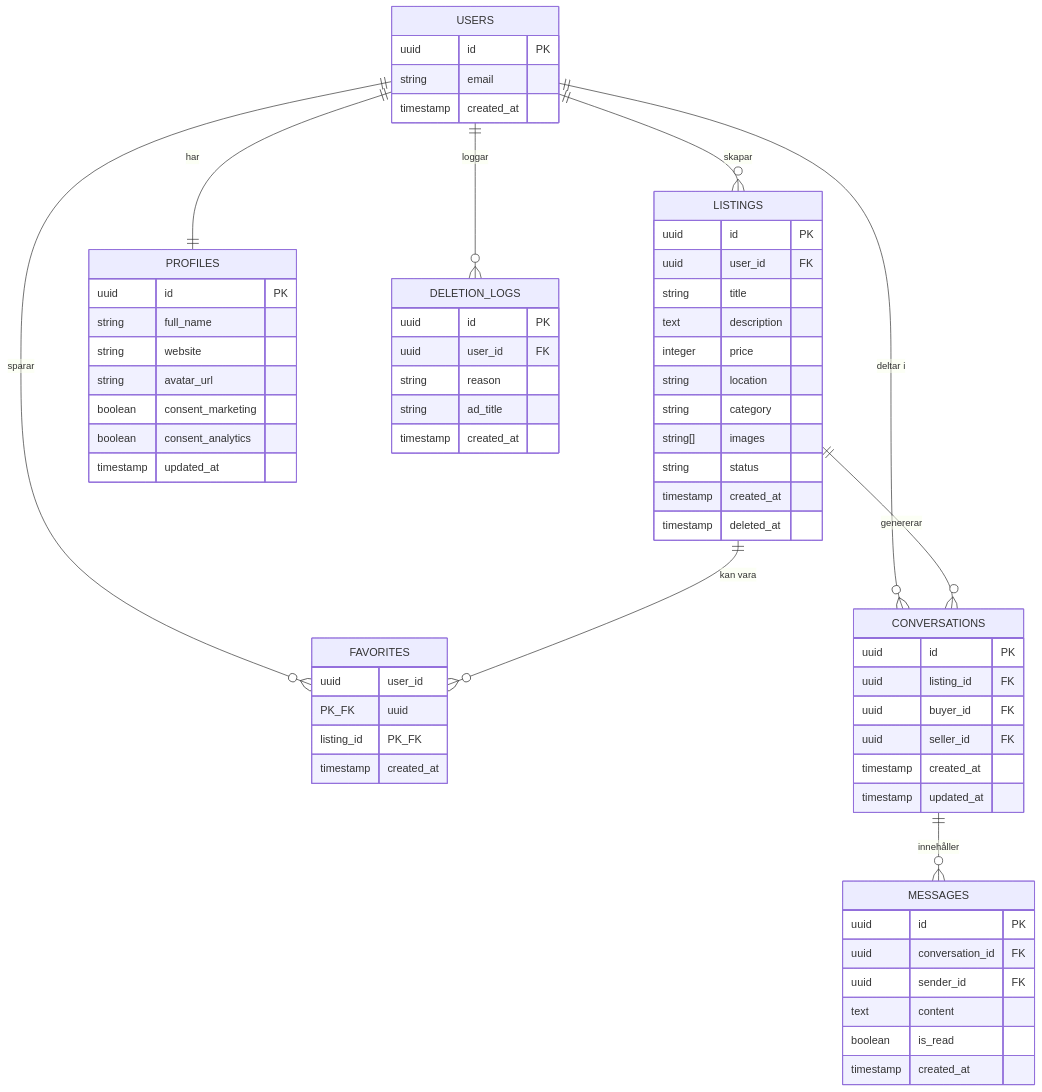
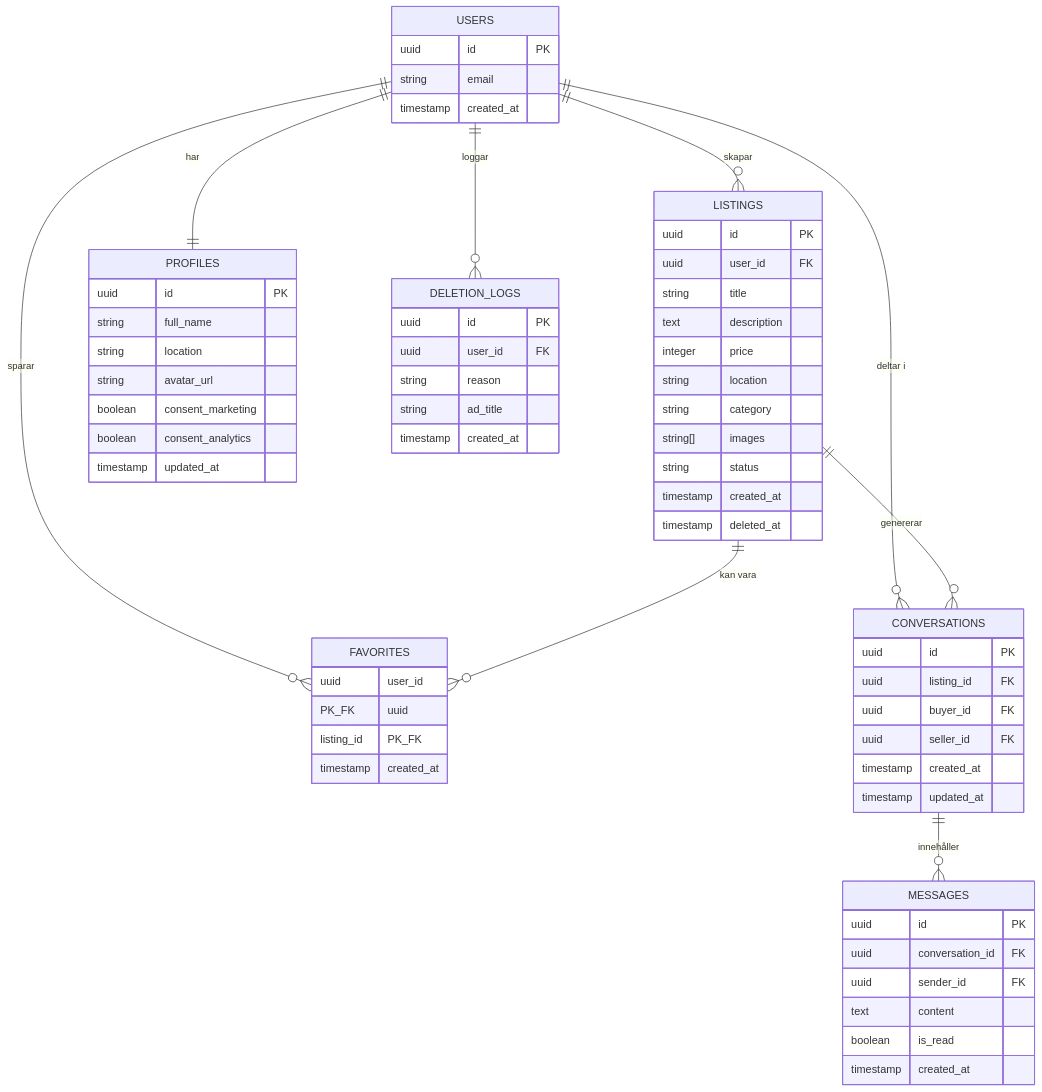
Before and after one commit to Sokhar-admin2025/kollahar: the third of 4 diagrams in docs/01-SYSTEM_ARCHITECT.md, drawn with Mermaid. The commit also changed 18 other files, not shown here.

Commit message:
Harden auth flows, add account deletion and cascade deletes

````diff
--- a/docs/01-SYSTEM_ARCHITECT.md
+++ b/docs/01-SYSTEM_ARCHITECT.md
@@ -149,73 +149,73 @@
 ```mermaid
 erDiagram
     USERS ||--o{ LISTINGS : "skapar"
     USERS ||--o{ FAVORITES : "sparar"
     USERS ||--o{ CONVERSATIONS : "deltar i"
     USERS ||--|| PROFILES : "har"
     LISTINGS ||--o{ FAVORITES : "kan vara"
     LISTINGS ||--o{ CONVERSATIONS : "genererar"
     CONVERSATIONS ||--o{ MESSAGES : "innehåller"
     USERS ||--o{ DELETION_LOGS : "loggar"
 
     USERS {
         uuid id PK
         string email
         timestamp created_at
     }
 
     PROFILES {
         uuid id PK
         string full_name
-        string website
+        string location
         string avatar_url
         boolean consent_marketing
         boolean consent_analytics
         timestamp updated_at
     }
 
     LISTINGS {
         uuid id PK
         uuid user_id FK
         string title
         text description
         integer price
         string location
         string category
         string[] images
         string status
         timestamp created_at
         timestamp deleted_at
     }
 
     FAVORITES {
         uuid user_id PK_FK
         uuid listing_id PK_FK
         timestamp created_at
     }
 
     CONVERSATIONS {
         uuid id PK
         uuid listing_id FK
         uuid buyer_id FK
         uuid seller_id FK
         timestamp created_at
         timestamp updated_at
     }
 
     MESSAGES {
         uuid id PK
         uuid conversation_id FK
         uuid sender_id FK
         text content
         boolean is_read
         timestamp created_at
     }
 
     DELETION_LOGS {
         uuid id PK
         uuid user_id FK
         string reason
         string ad_title
         timestamp created_at
     }
 ```
````
